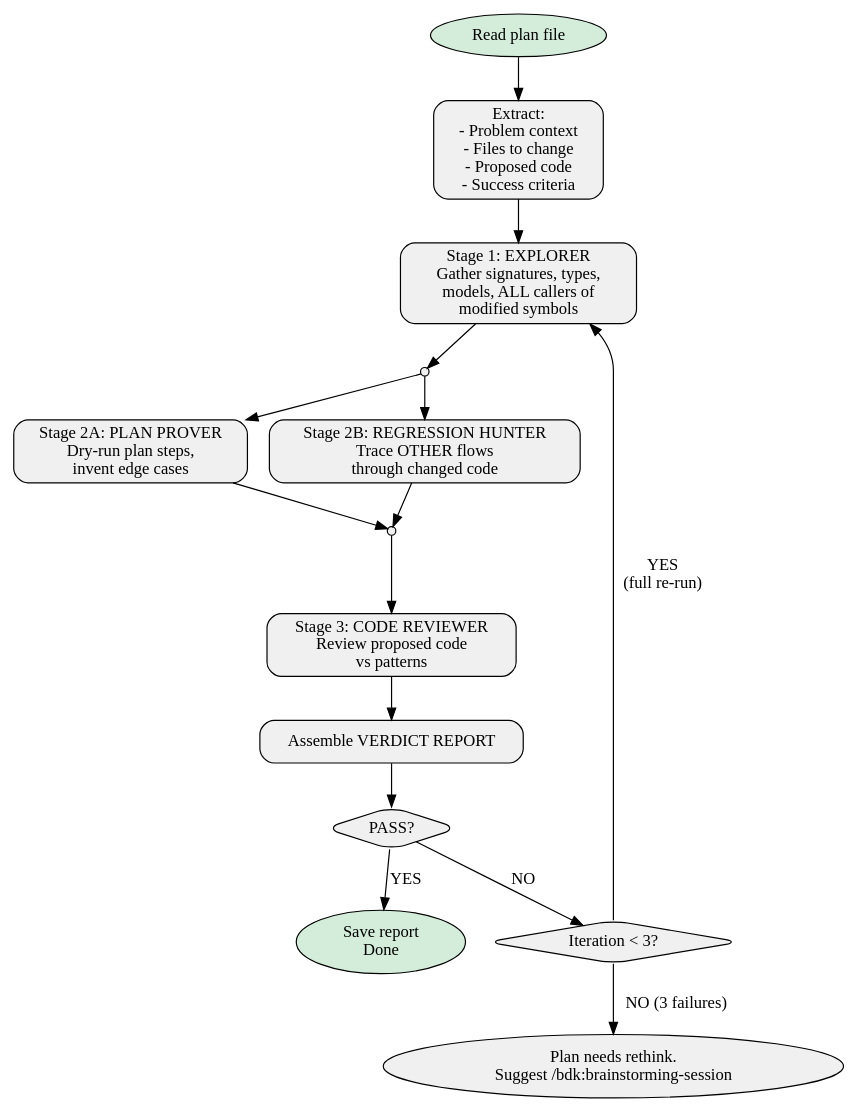
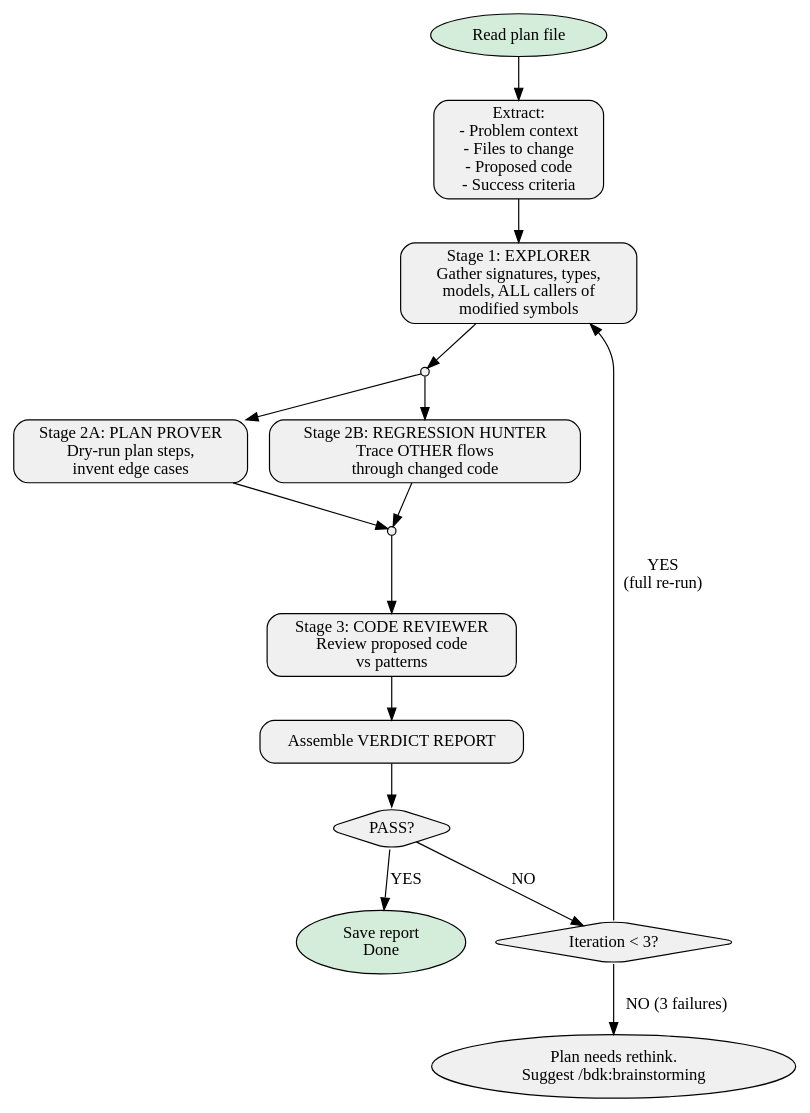
One commit to broneq/bdk changed the diagram in skills/verify-plan/SKILL.md. Above: the diagram before and after it, drawn with Graphviz. The commit also changed other lines of this file and 24 other files, not shown here.

````diff
--- a/skills/verify-plan/SKILL.md
+++ b/skills/verify-plan/SKILL.md
@@ -26,35 +26,35 @@
 ```dot
 digraph verify_plan {
     rankdir=TB
     node [shape=box, style="rounded,filled", fillcolor="#f0f0f0"]
 
     start [label="Read plan file", shape=ellipse, fillcolor="#d4edda"]
     parse [label="Extract:\n- Problem context\n- Files to change\n- Proposed code\n- Success criteria"]
     explorer [label="Stage 1: EXPLORER\nGather signatures, types,\nmodels, ALL callers of\nmodified symbols"]
     parallel_start [label="", shape=point, width=0.1]
     sim_a [label="Stage 2A: PLAN PROVER\nDry-run plan steps,\ninvent edge cases"]
     sim_b [label="Stage 2B: REGRESSION HUNTER\nTrace OTHER flows\nthrough changed code"]
     parallel_end [label="", shape=point, width=0.1]
     reviewer [label="Stage 3: CODE REVIEWER\nReview proposed code\nvs patterns"]
     verdict [label="Assemble VERDICT REPORT"]
     pass_check [label="PASS?", shape=diamond]
     done [label="Save report\nDone", shape=ellipse, fillcolor="#d4edda"]
     iter_check [label="Iteration < 3?", shape=diamond]
-    rethink [label="Plan needs rethink.\nSuggest /bdk:brainstorming-session", shape=ellipse]
+    rethink [label="Plan needs rethink.\nSuggest /bdk:brainstorming", shape=ellipse]
 
     start -> parse
     parse -> explorer
     explorer -> parallel_start
     parallel_start -> sim_a
     parallel_start -> sim_b
     sim_a -> parallel_end
     sim_b -> parallel_end
     parallel_end -> reviewer
     reviewer -> verdict
     verdict -> pass_check
     pass_check -> done [label="YES"]
     pass_check -> iter_check [label="NO"]
     iter_check -> explorer [label="YES\n(full re-run)"]
     iter_check -> rethink [label="NO (3 failures)"]
 }
 ```
````
